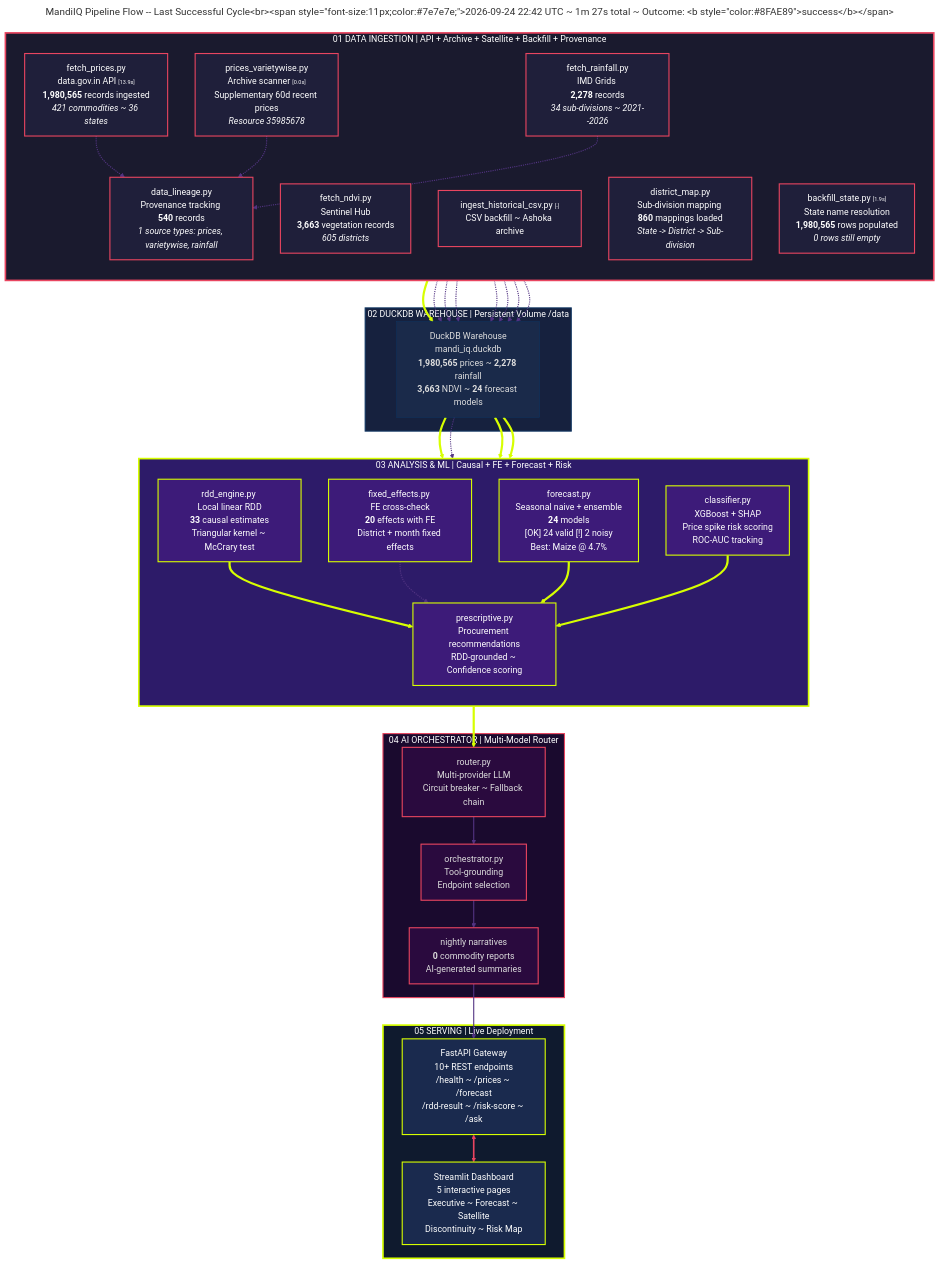
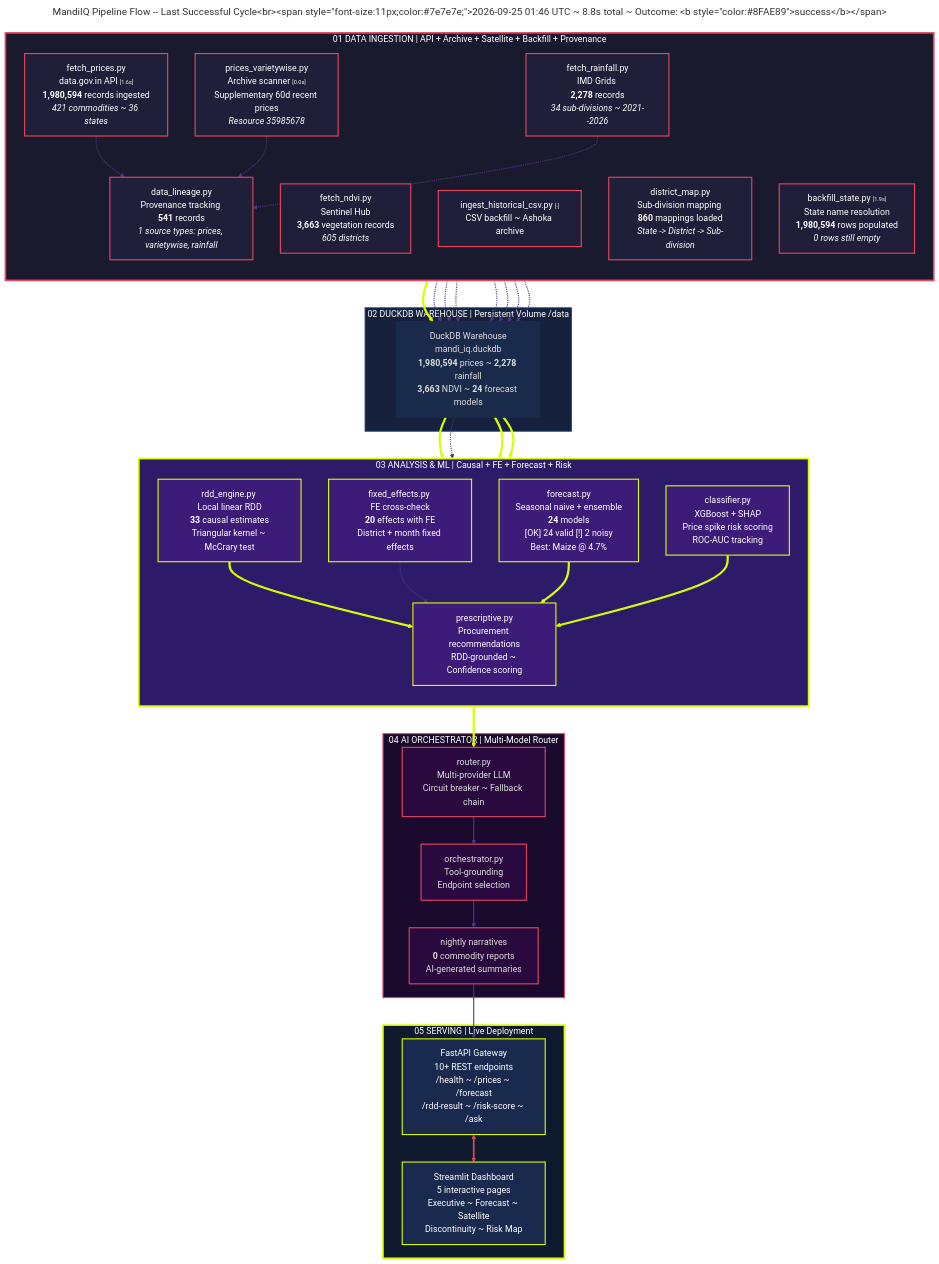
The diagram in diagrams/pipeline-flow-live.mmd (flawsom/test-mandi), drawn with Mermaid before and after one commit. The commit also changed 6 other files, not shown here.

```diff
--- a/diagrams/pipeline-flow-live.mmd
+++ b/diagrams/pipeline-flow-live.mmd
@@ -1,139 +1,139 @@
 ---
-title: "MandiIQ Pipeline Flow -- Last Successful Cycle<br/><span style='font-size:11px;color:#7e7e7e;'>2026-09-24 22:42 UTC ~ 1m 27s total ~ Outcome: <b style='color:#8FAE89'>success</b></span>"
+title: "MandiIQ Pipeline Flow -- Last Successful Cycle<br/><span style='font-size:11px;color:#7e7e7e;'>2026-09-25 01:46 UTC ~ 8.8s total ~ Outcome: <b style='color:#8FAE89'>success</b></span>"
 ---
 %%{init: {
   "theme": "dark",
   "themeVariables": {
     "primaryColor": "#1a1a2e",
     "primaryTextColor": "#ffffff",
     "primaryBorderColor": "#d7ff00",
     "lineColor": "#d7ff00",
     "secondaryColor": "#16213e",
     "tertiaryColor": "#0f3460",
     "mainBkg": "#0d0d1a",
     "nodeBorder": "#533483",
     "clusterBkg": "#0a0a12",
     "clusterBorder": "#2a2a4a",
     "titleColor": "#d7ff00",
     "edgeLabelBackground": "#0d0d1a",
     "nodeTextColor": "#ffffff",
     "fontFamily": "\"Space Grotesk\", \"Inter\", sans-serif"
   },
   "flowchart": {
     "useMaxWidth": true,
     "htmlLabels": true,
     "curve": "basis",
     "padding": 20
   }
 }%%
 flowchart TD
     %% Stage 1: DATA INGESTION
     subgraph S1["01 DATA INGESTION  | API + Archive + Satellite + Backfill + Provenance"]
         direction TB
-        A1["fetch_prices.py<br/>data.gov.in API <span style='color:#7e7e7e;font-size:10px;'>[13.9s]</span><br/><b>1,980,565</b> records ingested<br/><i>421 commodities ~ 36 states</i>"]
+        A1["fetch_prices.py<br/>data.gov.in API <span style='color:#7e7e7e;font-size:10px;'>[1.6s]</span><br/><b>1,980,594</b> records ingested<br/><i>421 commodities ~ 36 states</i>"]
         A2["prices_varietywise.py<br/>Archive scanner <span style='color:#7e7e7e;font-size:10px;'>[0.0s]</span><br/>Supplementary 60d recent prices<br/><i>Resource 35985678</i>"]
         A3["fetch_rainfall.py<br/>IMD Grids <br/><b>2,278</b> records<br/><i>34 sub-divisions ~ 2021--2026</i>"]
         A4["fetch_ndvi.py<br/>Sentinel Hub <br/><b>3,663</b> vegetation records<br/><i>605 districts</i>"]
         A5["ingest_historical_csv.py <span style='color:#7e7e7e;font-size:10px;'>[-]</span><br/>CSV backfill ~ Ashoka archive"]
         A6["district_map.py<br/>Sub-division mapping <br/><b>860</b> mappings loaded<br/><i>State -> District -> Sub-division</i>"]
-        A7["backfill_state.py <span style='color:#7e7e7e;font-size:10px;'>[1.9s]</span><br/>State name resolution<br/><b>1,980,565</b> rows populated<br/><i>0 rows still empty</i>"]
-        A8["data_lineage.py<br/>Provenance tracking <br/><b>540</b> records<br/><i>1 source types: prices, varietywise, rainfall</i>"]
+        A7["backfill_state.py <span style='color:#7e7e7e;font-size:10px;'>[1.9s]</span><br/>State name resolution<br/><b>1,980,594</b> rows populated<br/><i>0 rows still empty</i>"]
+        A8["data_lineage.py<br/>Provenance tracking <br/><b>541</b> records<br/><i>1 source types: prices, varietywise, rainfall</i>"]
     end
 
     %% Stage 2: DUCKDB WAREHOUSE
     subgraph S2["02 DUCKDB WAREHOUSE  | Persistent Volume /data"]
-        B1["DuckDB Warehouse<br/>mandi_iq.duckdb<br/><b>1,980,565</b> prices ~ <b>2,278</b> rainfall<br/><b>3,663</b> NDVI ~ <b>24</b> forecast models"]
+        B1["DuckDB Warehouse<br/>mandi_iq.duckdb<br/><b>1,980,594</b> prices ~ <b>2,278</b> rainfall<br/><b>3,663</b> NDVI ~ <b>24</b> forecast models"]
     end
 
     %% Stage 3: ANALYSIS & ML
     subgraph S3["03 ANALYSIS & ML  | Causal + FE + Forecast + Risk"]
         direction TB
         C1["rdd_engine.py <br/>Local linear RDD<br/><b>33</b> causal estimates<br/>Triangular kernel ~ McCrary test"]
         C2["fixed_effects.py <br/>FE cross-check<br/><b>20</b> effects with FE<br/>District + month fixed effects"]
         C3["forecast.py <br/>Seasonal naive + ensemble<br/><b>24</b> models<br/><span style='color:#8FAE89'>[OK] 24 valid</span> <span style='color:#D9663B'>[!] 2 noisy</span><br/>Best: Maize @ 4.7%"]
         C4["classifier.py <br/>XGBoost + SHAP<br/>Price spike risk scoring<br/>ROC-AUC tracking"]
         C5["prescriptive.py<br/>Procurement recommendations<br/>RDD-grounded ~ Confidence scoring"]
     end
 
     %% Stage 4: AI ORCHESTRATOR
     subgraph S4["04 AI ORCHESTRATOR  | Multi-Model Router"]
         D1["router.py<br/>Multi-provider LLM<br/>Circuit breaker ~ Fallback chain"]
         D2["orchestrator.py<br/>Tool-grounding<br/>Endpoint selection"]
         D3["nightly narratives<br/><b>0</b> commodity reports<br/>AI-generated summaries"]
     end
 
     %% Stage 5: SERVING
     subgraph S5["05 SERVING  | Live Deployment"]
         E1["FastAPI Gateway<br/>10+ REST endpoints<br/>/health ~ /prices ~ /forecast<br/>/rdd-result ~ /risk-score ~ /ask"]
         E2["Streamlit Dashboard<br/>5 interactive pages<br/>Executive ~ Forecast ~ Satellite<br/>Discontinuity ~ Risk Map"]
     end
 
     %% Main flow: ingestion -> warehouse
     A1 ==> B1
     A2 -.-> B1
     A3 -.-> B1
     A4 -.-> B1
     A5 -.-> B1
     A6 -.-> B1
     A7 -.-> B1
 
     %% Main flow: ingestion -> provenance tracking
     A1 -.-> A8
     A2 -.-> A8
     A3 -.-> A8
     A8 -.-> B1
 
     %% Main flow: warehouse -> analysis
     B1 ==> C1
     B1 -.-> C2
     B1 ==> C3
     B1 ==> C4
 
     %% Main flow: analysis -> prescriptive -> AI
     C1 ==> C5
     C2 -.-> C5
     C3 ==> C5
     C4 ==> C5
 
     C5 ==> D1
     D1 ==> D2
     D2 ==> D3
     D3 ==> E1
 
     E1 <==> E2
 
     %% Edge styling: thick = primary path
     linkStyle 0,11,13,14,15,17,18,19 stroke-width:4px,stroke:#d7ff00,fill:none
     linkStyle 1,2,3,4,5,6,7,8,9,10,12,16,20,21,22 stroke-width:2px,stroke:#533483,fill:none
     linkStyle 23 stroke-width:3px,stroke:#e94560,fill:none
 
     %% Stage classes
     classDef stage1 fill:#1a1a2e,stroke:#e94560,stroke-width:3px,color:#fff
     classDef stage1Node fill:#1f1f3a,stroke:#e94560,stroke-width:2px,color:#fff
 
     classDef stage2 fill:#16213e,stroke:#0f3460,stroke-width:2px,color:#fff
     classDef stage2Node fill:#1a2a4a,stroke:#0f3460,stroke-width:1px,color:#ddd
 
     classDef stage3 fill:#2d1b69,stroke:#d7ff00,stroke-width:3px,color:#fff
     classDef stage3Node fill:#3d1b79,stroke:#d7ff00,stroke-width:2px,color:#fff
 
     classDef stage4 fill:#1a0a2e,stroke:#e94560,stroke-width:2px,color:#fff
     classDef stage4Node fill:#2a0a3e,stroke:#e94560,stroke-width:2px,color:#ddd
 
     classDef stage5 fill:#0f1a2e,stroke:#d7ff00,stroke-width:3px,color:#fff
     classDef stage5Node fill:#1a2a4e,stroke:#d7ff00,stroke-width:2px,color:#fff
 
     class S1 stage1
     class A1,A2,A3,A4,A5,A6,A7,A8 stage1Node
 
     class S2 stage2
     class B1 stage2Node
 
     class S3 stage3
     class C1,C2,C3,C4,C5 stage3Node
 
     class S4 stage4
     class D1,D2,D3 stage4Node
 
     class S5 stage5
     class E1,E2 stage5Node
```
